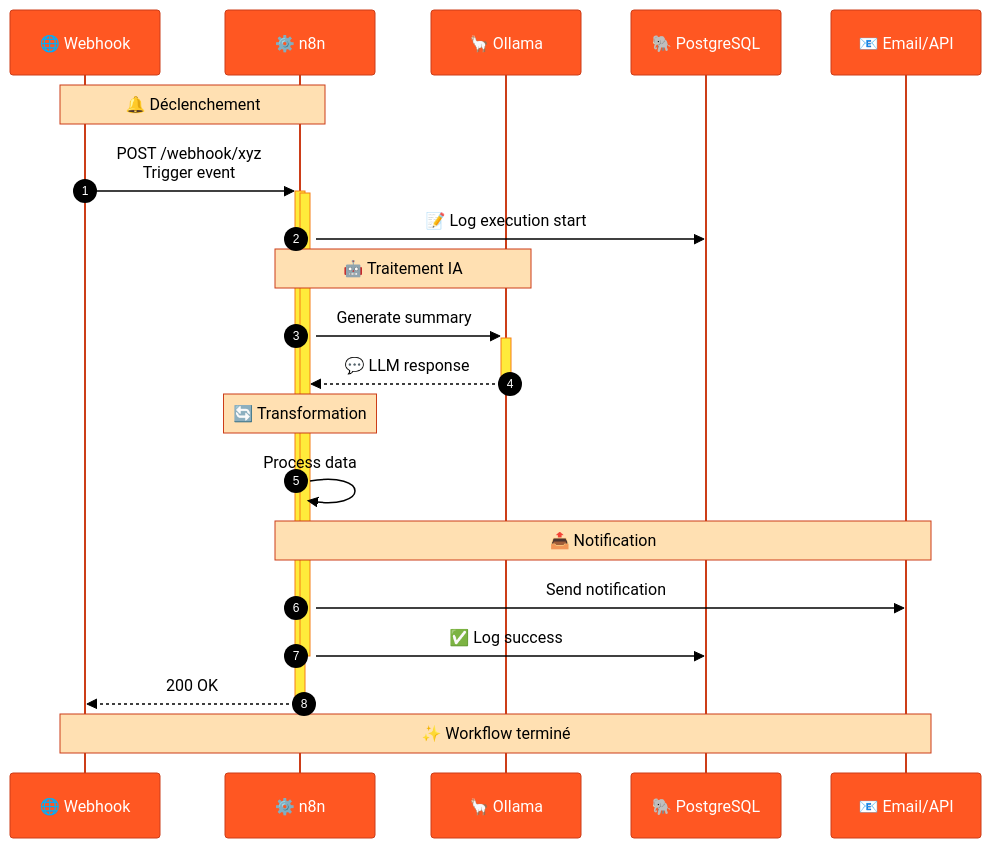
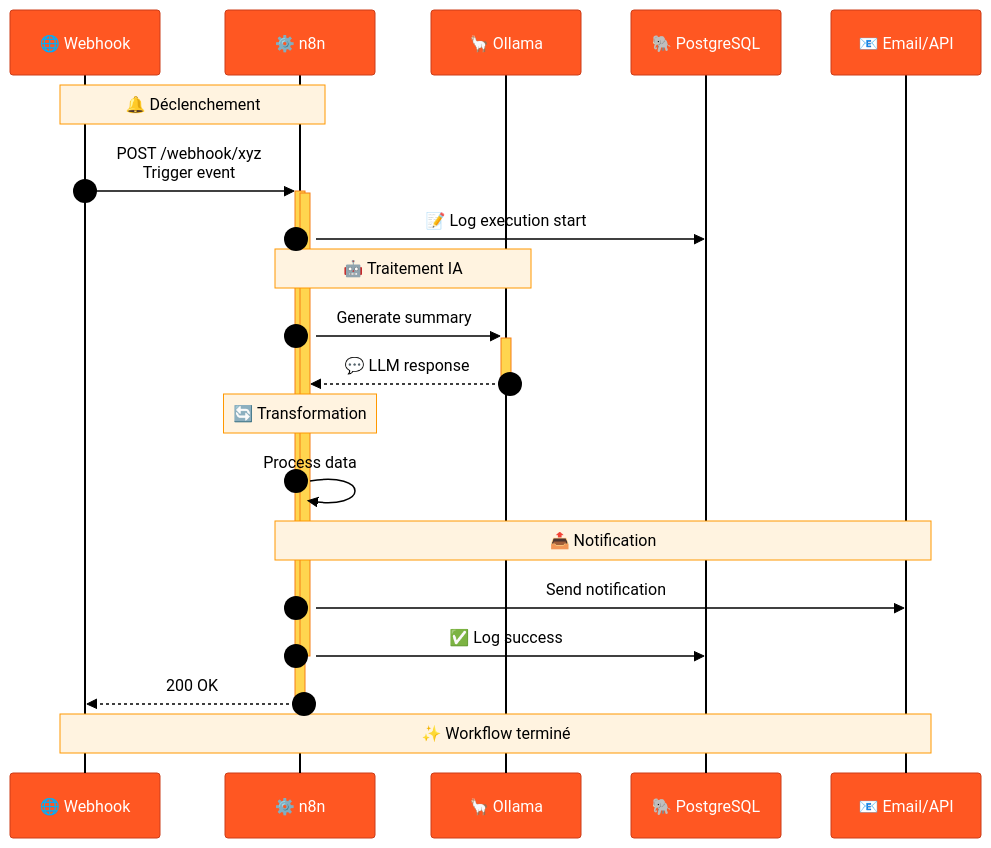
Before and after one commit to MPFabio/Stack-IA: the ninth of 14 diagrams in docs/ARCHITECTURE.md, drawn with Mermaid. The commit also changed other lines of this file, not shown here.

````diff
--- a/docs/ARCHITECTURE.md
+++ b/docs/ARCHITECTURE.md
@@ -539,33 +539,33 @@
 ```mermaid
-%%{init: {'theme':'base', 'themeVariables': {'background':'#fff3e0','mainBkg':'#fff3e0','actorBkg':'#FF5722','actorBorder':'#cc3d18','actorTextColor':'#fff','actorLineColor':'#cc3d18','noteBkgColor':'#ffe0b2','noteTextColor':'#000','noteBorderColor':'#cc3d18','signalColor':'#000','signalTextColor':'#000','labelBoxBkgColor':'#ffe0b2','labelTextColor':'#000','loopTextColor':'#000','activationBkgColor':'#ffeb3b','activationBorderColor':'#f57f17','sequenceNumberColor':'#fff'}}}%%
+%%{init: {'theme':'base', 'themeVariables': {'background':'#ffffff','mainBkg':'#ffffff','actorBkg':'#FF5722','actorBorder':'#cc3d18','actorTextColor':'#fff','actorLineColor':'#000','noteBkgColor':'#fff3e0','noteTextColor':'#000','noteBorderColor':'#ff9800','signalColor':'#000','signalTextColor':'#000','labelBoxBkgColor':'#e3f2fd','labelTextColor':'#000','loopTextColor':'#000','activationBkgColor':'#ffd54f','activationBorderColor':'#f57f17','sequenceNumberColor':'#000'}}}%%
 sequenceDiagram
     autonumber
     participant W as 🌐 Webhook
     participant N as ⚙️ n8n
     participant O as 🦙 Ollama
     participant P as 🐘 PostgreSQL
     participant E as 📧 Email/API
     
     Note over W,N: 🔔 Déclenchement
     W->>+N: POST /webhook/xyz<br/>Trigger event
     
     activate N
     N->>P: 📝 Log execution start
     
     Note over N,O: 🤖 Traitement IA
     N->>+O: Generate summary
     O-->>-N: 💬 LLM response
     
     Note over N: 🔄 Transformation
     N->>N: Process data
     
     Note over N,E: 📤 Notification
     N->>E: Send notification
     
     N->>P: ✅ Log success
     deactivate N
     
     N-->>-W: 200 OK
     
     Note over W,E: ✨ Workflow terminé
 ```
````
